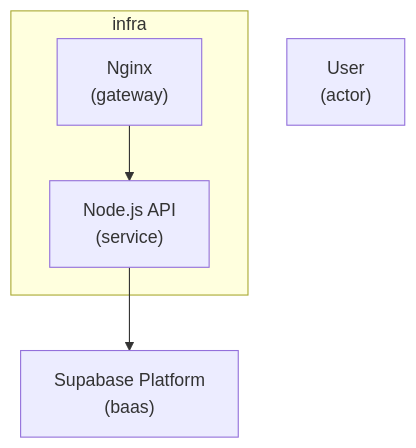
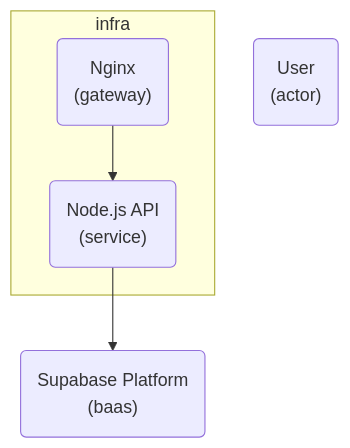
One commit to casualuser/casualuser.github.io changed the diagram in _site/docs/blueprints/startup-node-supabase.mmd. Above: the diagram before and after it, drawn with Mermaid. The commit also changed 17 other files, not shown here.

Commit message:
refactor: update Mermaid diagram node syntax from square brackets to parentheses.

```diff
--- a/_site/docs/blueprints/startup-node-supabase.mmd
+++ b/_site/docs/blueprints/startup-node-supabase.mmd
@@ -1,12 +1,12 @@
 %% Autogenerated startup-node-supabase
 graph TD
-  user["User<br/>(actor)"]
-  nginx["Nginx<br/>(gateway)"]
-  api["Node.js API<br/>(service)"]
-  supabase["Supabase Platform<br/>(baas)"]
+  user("User<br/>(actor)")
+  nginx("Nginx<br/>(gateway)")
+  api("Node.js API<br/>(service)")
+  supabase("Supabase Platform<br/>(baas)")
   nginx --> api
   api --> supabase
   subgraph infra
     nginx
     api
   end
```
